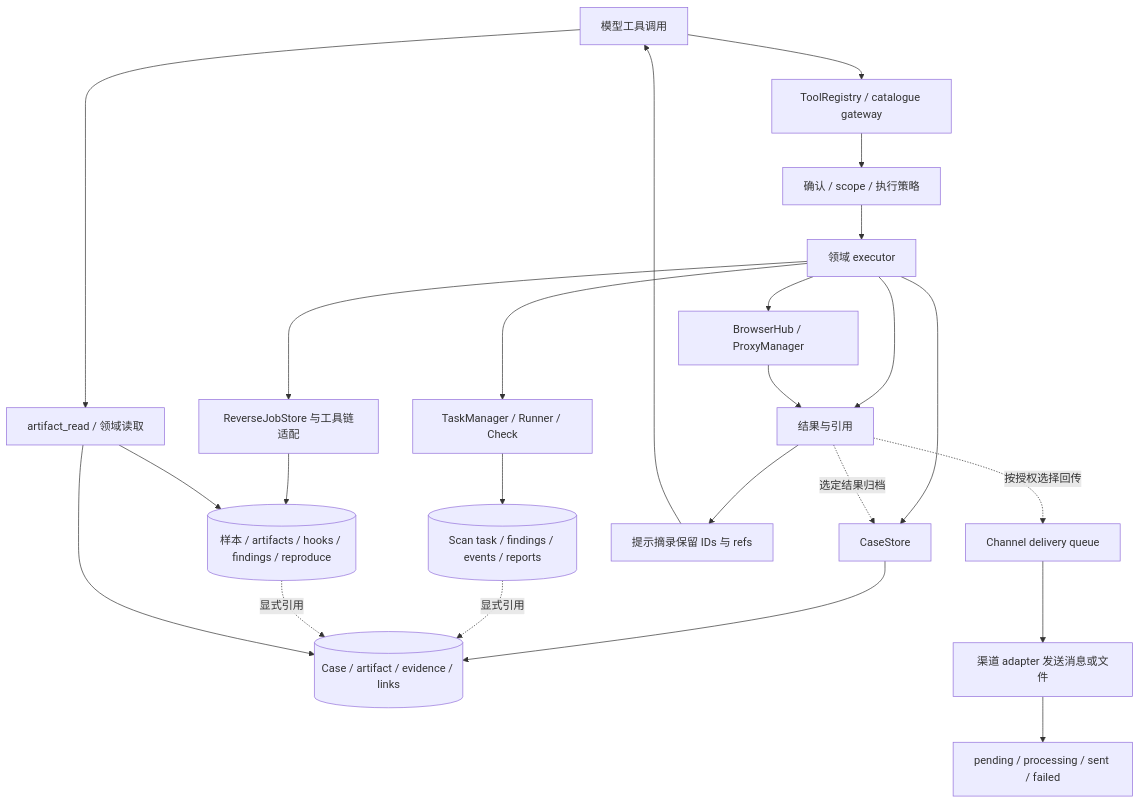
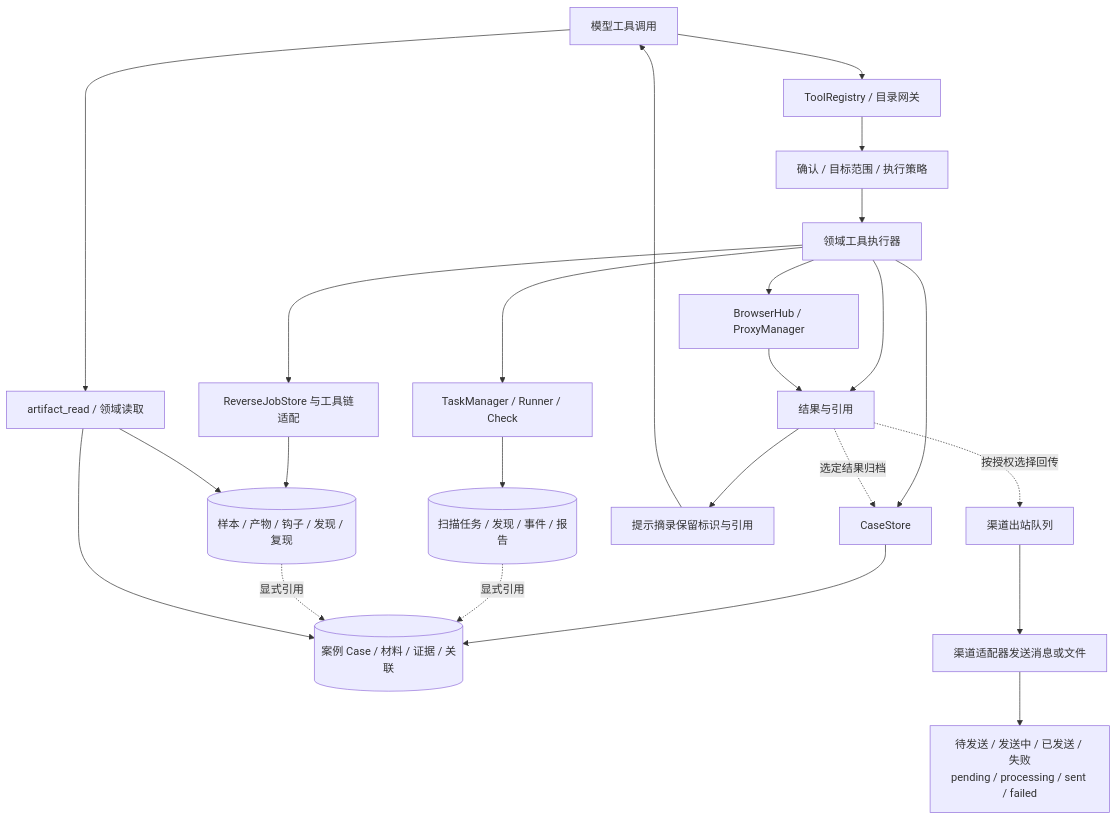
The second of 2 diagrams in wiki/Architecture-and-Development.md (HG-ha/Argusai), drawn with Mermaid before and after one commit. The commit also changed other lines of this file and 19 other files, not shown here.

````diff
--- a/wiki/Architecture-and-Development.md
+++ b/wiki/Architecture-and-Development.md
@@ -200,26 +200,26 @@
 ```mermaid
 flowchart TB
-    MODEL[模型工具调用] --> REG[ToolRegistry / catalogue gateway]
-    REG --> POLICY[确认 / scope / 执行策略]
-    POLICY --> EXEC[领域 executor]
+    MODEL[模型工具调用] --> REG[ToolRegistry / 目录网关]
+    REG --> POLICY[确认 / 目标范围 / 执行策略]
+    POLICY --> EXEC[领域工具执行器]
     EXEC --> SCAN[TaskManager / Runner / Check]
-    SCAN --> TASK[(Scan task / findings / events / reports)]
+    SCAN --> TASK[(扫描任务 / 发现 / 事件 / 报告)]
     EXEC --> REVERSE[ReverseJobStore 与工具链适配]
-    REVERSE --> REV[(样本 / artifacts / hooks / findings / reproduce)]
+    REVERSE --> REV[(样本 / 产物 / 钩子 / 发现 / 复现)]
     EXEC --> LIVE[BrowserHub / ProxyManager]
     EXEC --> CASEAPI[CaseStore]
-    CASEAPI --> CASE[(Case / artifact / evidence / links)]
+    CASEAPI --> CASE[(案例 Case / 材料 / 证据 / 关联)]
     EXEC --> RESULT[结果与引用]
     LIVE --> RESULT
     RESULT -.选定结果归档.-> CASEAPI
     TASK -.显式引用.-> CASE
     REV -.显式引用.-> CASE
-    RESULT --> COMPACT[提示摘录保留 IDs 与 refs]
+    RESULT --> COMPACT[提示摘录保留标识与引用]
     COMPACT --> MODEL
     MODEL --> READ[artifact_read / 领域读取]
     READ --> CASE
     READ --> REV
-    RESULT -.按授权选择回传.-> DELIVERY[Channel delivery queue]
-    DELIVERY --> ADAPTER[渠道 adapter 发送消息或文件]
-    ADAPTER --> RECEIPT[pending / processing / sent / failed]
+    RESULT -.按授权选择回传.-> DELIVERY[渠道出站队列]
+    DELIVERY --> ADAPTER[渠道适配器发送消息或文件]
+    ADAPTER --> RECEIPT[待发送 / 发送中 / 已发送 / 失败<br/>pending / processing / sent / failed]
 ```
````
